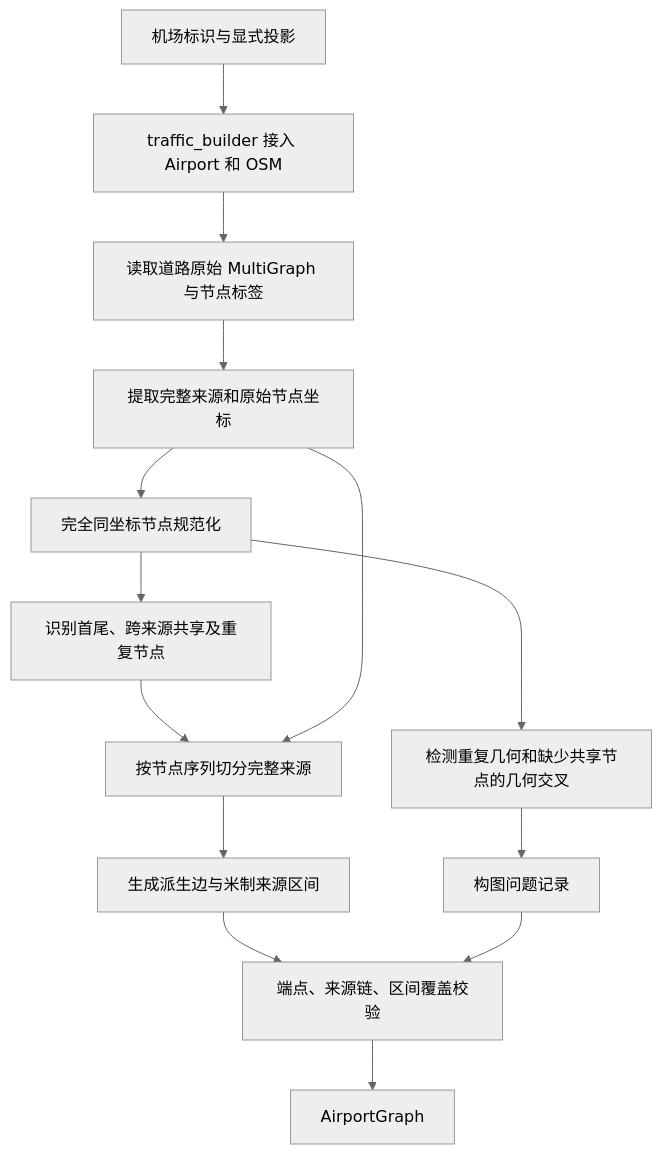
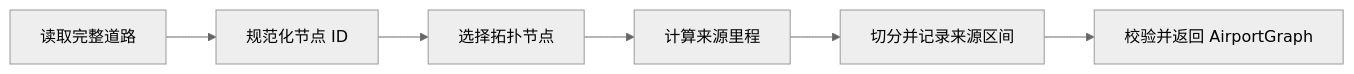
One commit to Zhouxing67/adsb-processing changed the diagram in docs/airport_surface.md. Above: the diagram before and after it, drawn with Mermaid (neutral theme). The commit also changed other lines of this file and 14 other files, not shown here.

````diff
--- a/docs/airport_surface.md
+++ b/docs/airport_surface.md
@@ -146,16 +171,8 @@
 ```mermaid
-flowchart TD
-    A[机场标识与显式投影] --> B[traffic_builder 接入 Airport 和 OSM]
-    B --> C[读取道路原始 MultiGraph 与节点标签]
-    C --> D[提取完整来源和原始节点坐标]
-    D --> E[完全同坐标节点规范化]
-    E --> F[识别首尾、跨来源共享及重复节点]
-    E --> G[检测重复几何和缺少共享节点的几何交叉]
-    F --> H[按节点序列切分完整来源]
-    D --> H
-    H --> I[生成派生边与米制来源区间]
-    G --> J[构图问题记录]
-    I --> K[端点、来源链、区间覆盖校验]
-    J --> K
-    K --> L[AirportGraph]
+flowchart LR
+    A[读取完整道路] --> B[规范化节点 ID]
+    B --> C[选择拓扑节点]
+    C --> D[计算来源里程]
+    D --> E[切分并记录来源区间]
+    E --> F[校验并返回 AirportGraph]
 ```
````
